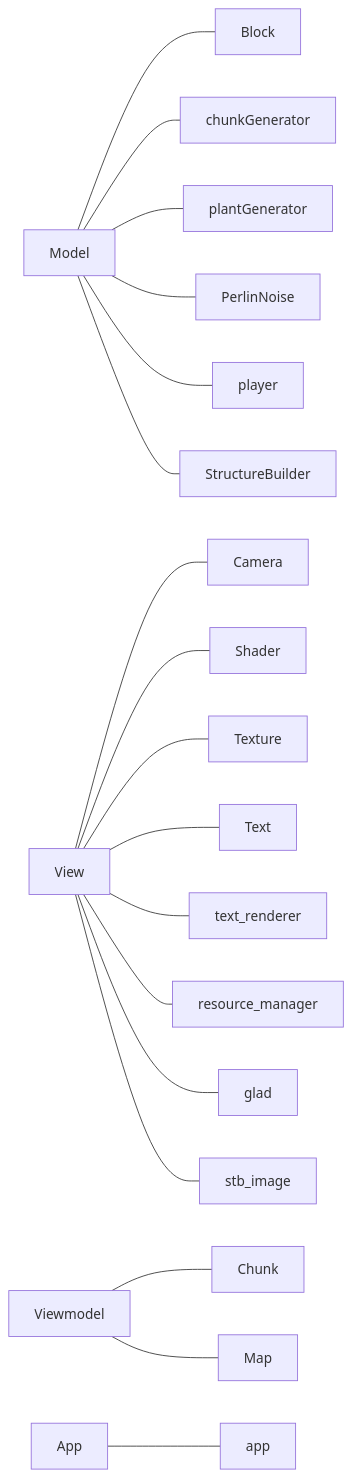
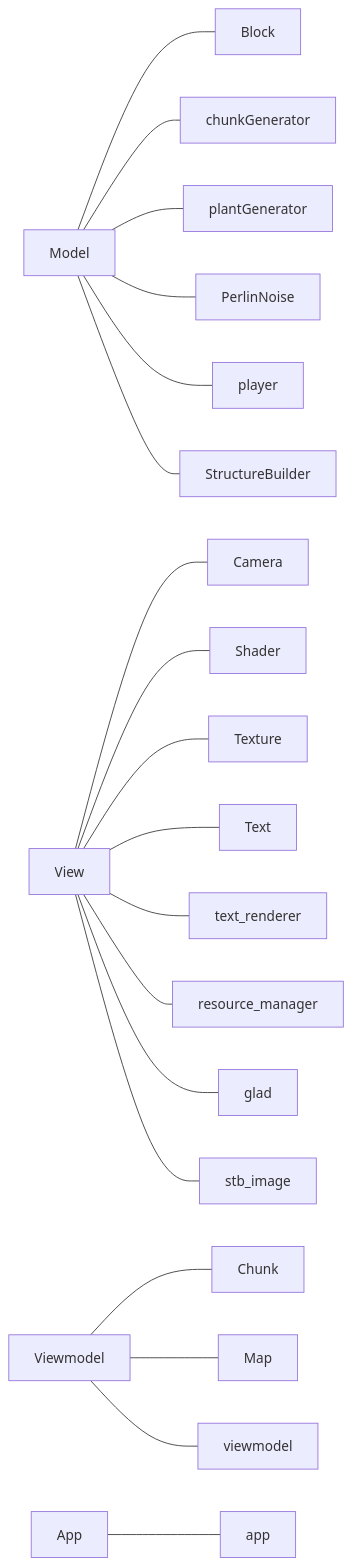
One commit to yunwei37/mc changed the diagram in documents/minecraft结题报告.md. Above: the diagram before and after it, drawn with Mermaid. The commit also changed other lines of this file and 1 other file, not shown here.

````diff
--- a/documents/minecraft结题报告.md
+++ b/documents/minecraft结题报告.md
@@ -148,20 +150,21 @@
 ```mermaid
 graph LR
 Model---Block
 Model---chunkGenerator
 Model---plantGenerator
 Model---PerlinNoise
 Model---player
 Model---StructureBuilder
 View---Camera
 View---Shader
 View---Texture
 View---Text
 View---text_renderer
 View---resource_manager
 View---glad
 View---stb_image
 Viewmodel---Chunk
 Viewmodel---Map
+Viewmodel---viewmodel
 App---app
 ```
````
